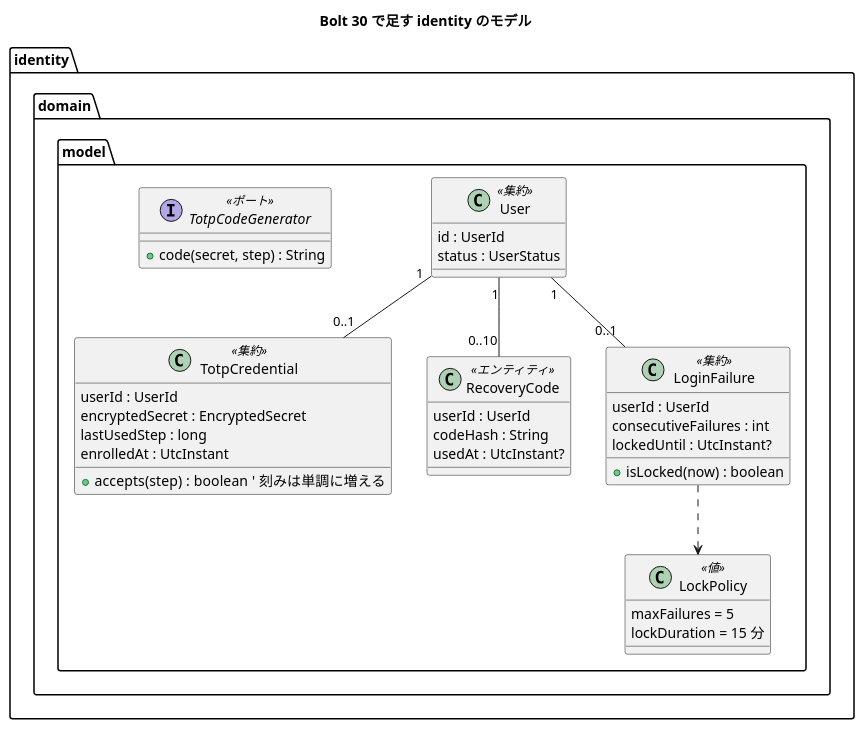
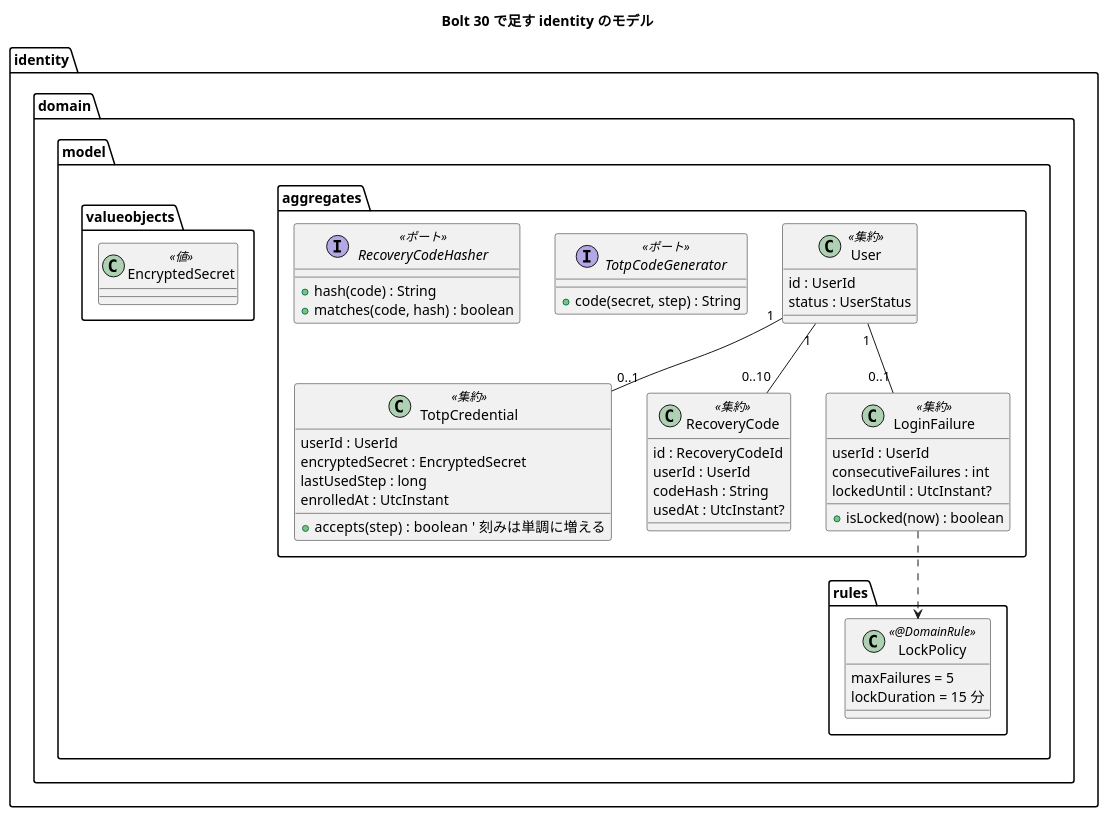
Before and after one commit to k2works/practical-domain-driven-design-in-enterpris-application: the first of 2 diagrams in docs/development/cargo-tracker/bolt_30_plan.md, drawn with PlantUML. The commit also changed other lines of this file, not shown here.

````diff
--- a/docs/development/cargo-tracker/bolt_30_plan.md
+++ b/docs/development/cargo-tracker/bolt_30_plan.md
@@ -72,40 +72,50 @@
 ```plantuml
 @startuml
 title Bolt 30 で足す identity のモデル
-package "identity.domain.model" {
+package "identity.domain.model.aggregates" {
   class User <<集約>> {
     id : UserId
     status : UserStatus
   }
   class TotpCredential <<集約>> {
     userId : UserId
     encryptedSecret : EncryptedSecret
     lastUsedStep : long
     enrolledAt : UtcInstant
     + accepts(step) : boolean  ' 刻みは単調に増える
   }
-  class RecoveryCode <<エンティティ>> {
+  class RecoveryCode <<集約>> {
+    id : RecoveryCodeId
     userId : UserId
     codeHash : String
     usedAt : UtcInstant?
   }
   class LoginFailure <<集約>> {
     userId : UserId
     consecutiveFailures : int
     lockedUntil : UtcInstant?
     + isLocked(now) : boolean
   }
-  class LockPolicy <<値>> {
+  interface TotpCodeGenerator <<ポート>> {
+    + code(secret, step) : String
+  }
+  interface RecoveryCodeHasher <<ポート>> {
+    + hash(code) : String
+    + matches(code, hash) : boolean
+  }
+}
+package "identity.domain.model.rules" {
+  class LockPolicy <<@DomainRule>> {
     maxFailures = 5
     lockDuration = 15 分
   }
-  interface TotpCodeGenerator <<ポート>> {
-    + code(secret, step) : String
-  }
+}
+package "identity.domain.model.valueobjects" {
+  class EncryptedSecret <<値>>
 }
 User "1" -- "0..1" TotpCredential
 User "1" -- "0..10" RecoveryCode
 User "1" -- "0..1" LoginFailure
 LoginFailure ..> LockPolicy
 @enduml
 ```
````
